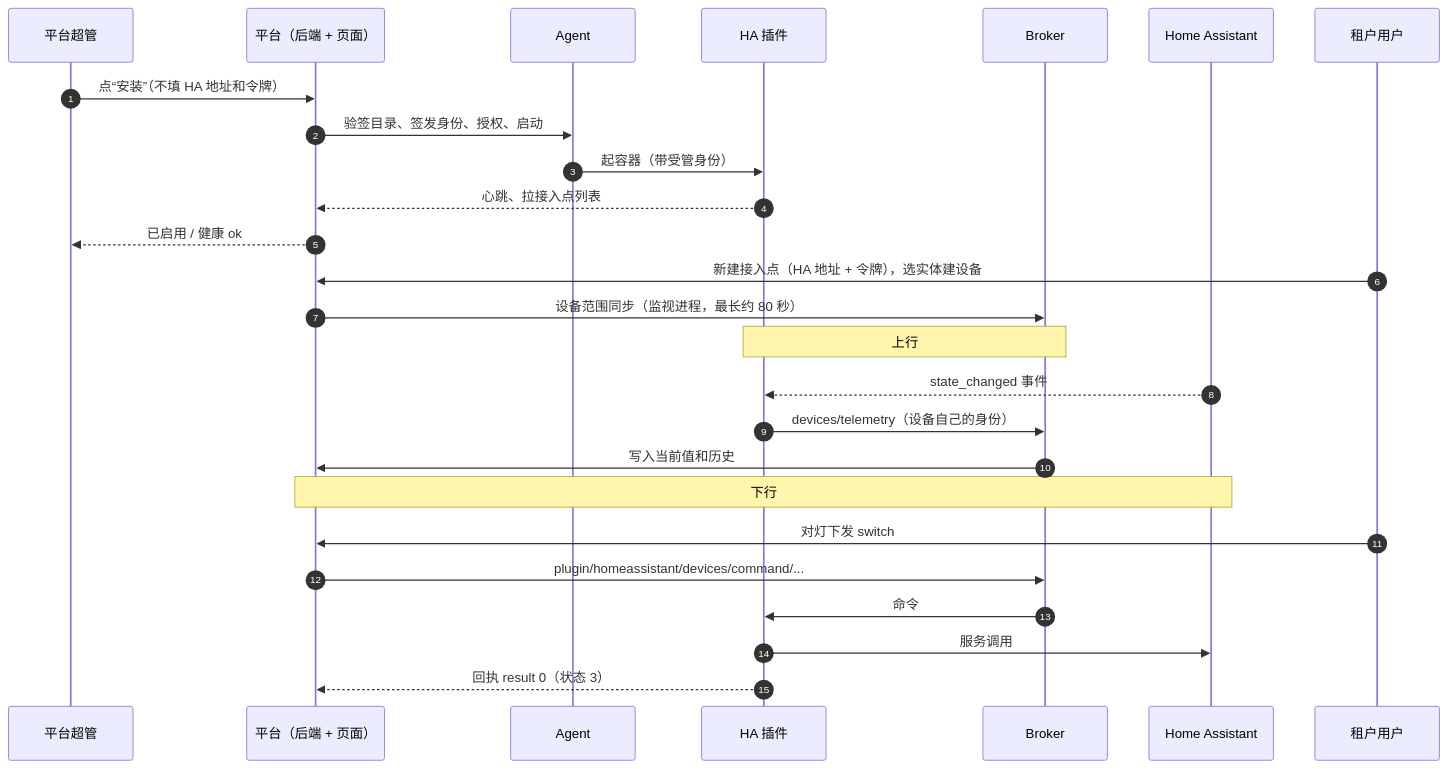
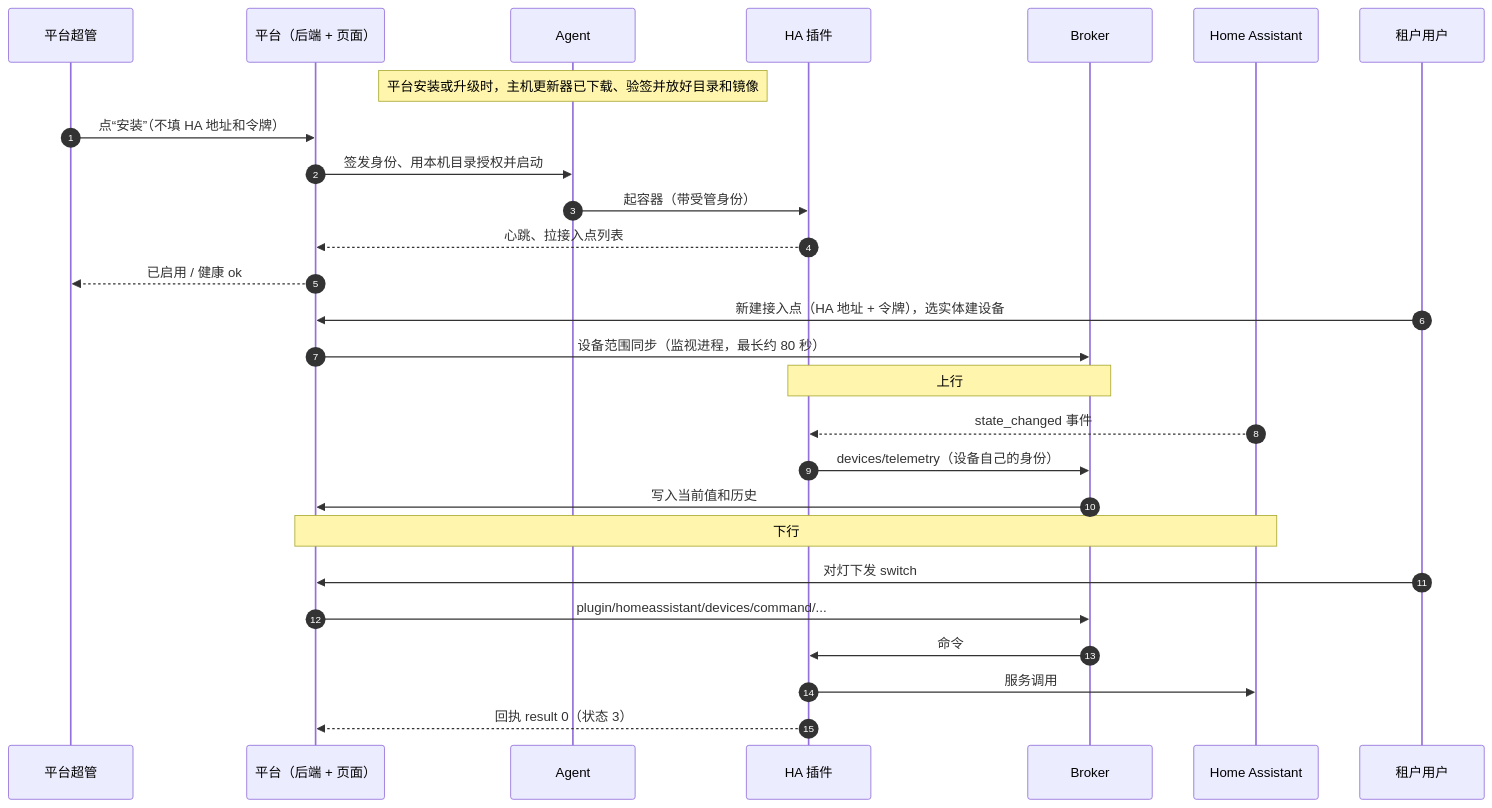
One commit to ThingsPanel/thingspanel-backend-community changed the second of 3 diagrams in docs/HA-PLUGIN-HANDOVER.md. Above: the diagram before and after it, drawn with Mermaid. The commit also changed other lines of this file and 2 other files, not shown here.

Commit message:
docs: HA handover - entry doc reflects smoke pass, develop baseline, fixed flow charts

````diff
--- a/docs/HA-PLUGIN-HANDOVER.md
+++ b/docs/HA-PLUGIN-HANDOVER.md
@@ -49,29 +52,30 @@
 ```mermaid
 sequenceDiagram
     autonumber
     participant Admin as 平台超管
     participant Plat as 平台（后端 + 页面）
     participant Agent as Agent
     participant Plug as HA 插件
     participant Brk as Broker
     participant HA as Home Assistant
     participant Ten as 租户用户
 
+    Note over Agent: 平台安装或升级时，主机更新器已下载、验签并放好目录和镜像
     Admin->>Plat: 点“安装”（不填 HA 地址和令牌）
-    Plat->>Agent: 验签目录、签发身份、授权、启动
+    Plat->>Agent: 签发身份、用本机目录授权并启动
     Agent->>Plug: 起容器（带受管身份）
     Plug-->>Plat: 心跳、拉接入点列表
     Plat-->>Admin: 已启用 / 健康 ok
     Ten->>Plat: 新建接入点（HA 地址 + 令牌），选实体建设备
     Plat->>Brk: 设备范围同步（监视进程，最长约 80 秒）
     Note over Plug,Brk: 上行
     HA-->>Plug: state_changed 事件
     Plug->>Brk: devices/telemetry（设备自己的身份）
     Brk->>Plat: 写入当前值和历史
     Note over Plat,HA: 下行
     Ten->>Plat: 对灯下发 switch
     Plat->>Brk: plugin/homeassistant/devices/command/...
     Brk->>Plug: 命令
     Plug->>HA: 服务调用
     Plug-->>Plat: 回执 result 0（状态 3）
 ```
````
